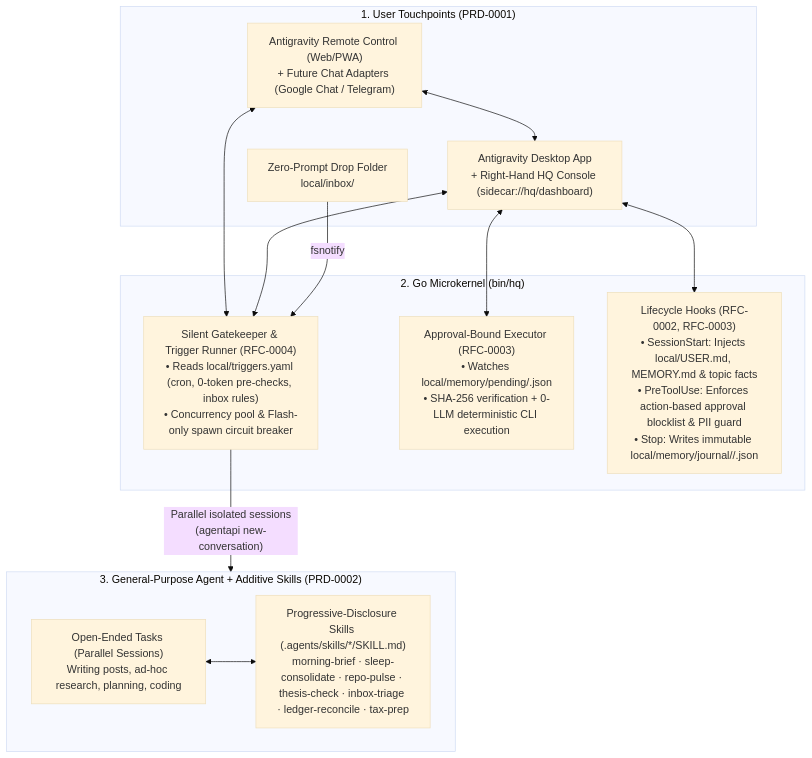
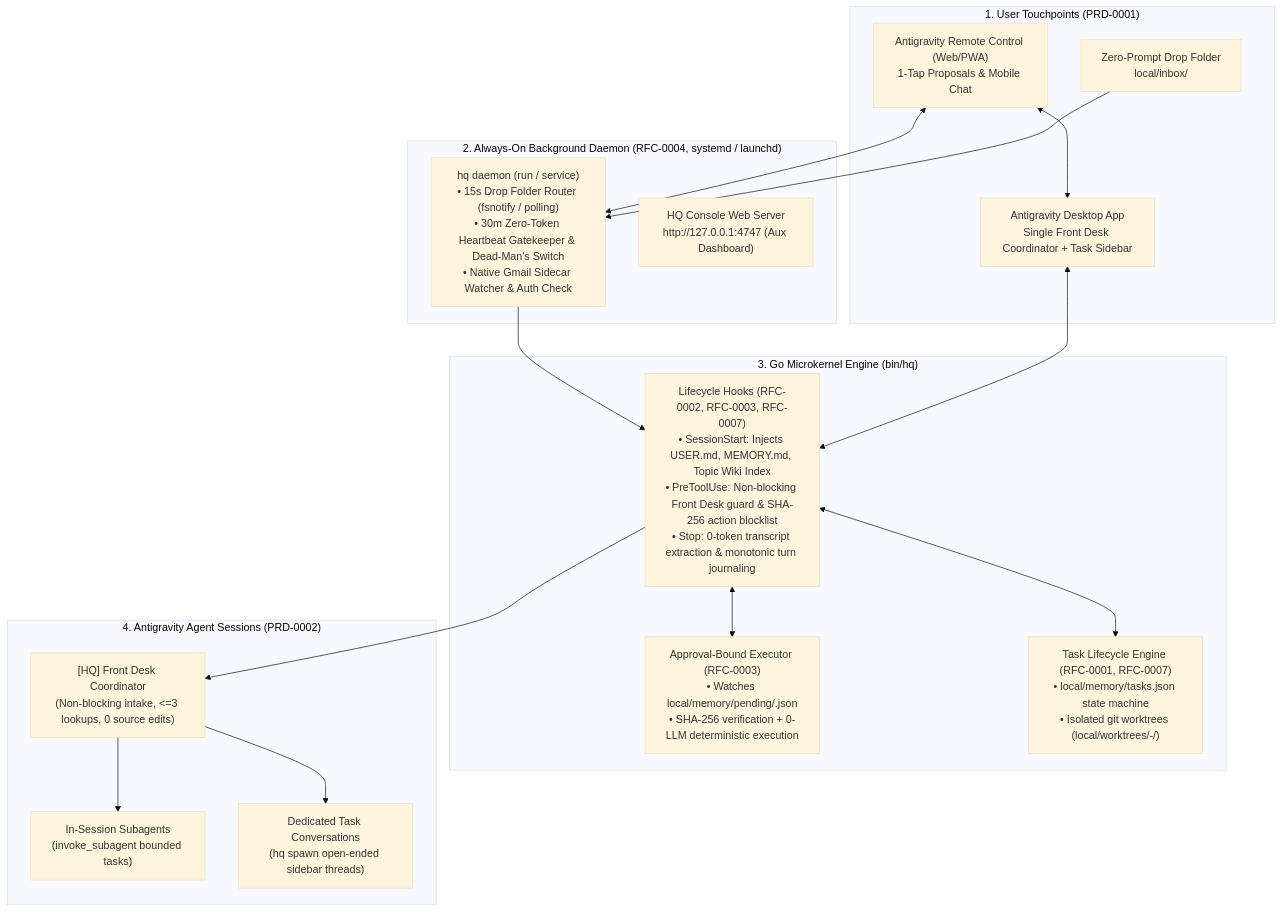
Before and after one commit to zjshen14/agy-hq: the first of 4 diagrams in docs/architecture.md, drawn with Mermaid (base theme). The commit also changed other lines of this file and 5 other files, not shown here.

Commit message:
docs: streamline README, sync RFC 0001-0007 index, architecture and roadmap

````diff
--- a/docs/architecture.md
+++ b/docs/architecture.md
@@ -20,28 +20,36 @@
 ```mermaid
 flowchart TB
   subgraph Touchpoints["1. User Touchpoints (PRD-0001)"]
-    RC["Antigravity Remote Control (Web/PWA)\n+ Future Chat Adapters (Google Chat / Telegram)"]
-    DESK["Antigravity Desktop App\n+ Right-Hand HQ Console (sidecar://hq/dashboard)"]
+    RC["Antigravity Remote Control (Web/PWA)\n1-Tap Proposals & Mobile Chat"]
+    DESK["Antigravity Desktop App\nSingle Front Desk Coordinator + Task Sidebar"]
     DROP["Zero-Prompt Drop Folder\nlocal/inbox/"]
   end
 
-  subgraph Microkernel["2. Go Microkernel (bin/hq)"]
-    GATE["Silent Gatekeeper & Trigger Runner (RFC-0004)\n• Reads local/triggers.yaml (cron, 0-token pre-checks, inbox rules)\n• Concurrency pool & Flash-only spawn circuit breaker"]
-    EXEC["Approval-Bound Executor (RFC-0003)\n• Watches local/memory/pending/<uuid>.json\n• SHA-256 verification + 0-LLM deterministic CLI execution"]
-    HOOKS["Lifecycle Hooks (RFC-0002, RFC-0003)\n• SessionStart: Injects local/USER.md, MEMORY.md & topic facts\n• PreToolUse: Enforces action-based approval blocklist & PII guard\n• Stop: Writes immutable local/memory/journal/<date>/<convId>.json"]
+  subgraph DaemonLayer["2. Always-On Background Daemon (RFC-0004, systemd / launchd)"]
+    DAEMON["hq daemon (run / service)\n• 15s Drop Folder Router (fsnotify / polling)\n• 30m Zero-Token Heartbeat Gatekeeper & Dead-Man's Switch\n• Native Gmail Sidecar Watcher & Auth Check"]
+    WEBUI["HQ Console Web Server\nhttp://127.0.0.1:4747 (Aux Dashboard)"]
   end
 
-  subgraph AgentLayer["3. General-Purpose Agent + Additive Skills (PRD-0002)"]
-    GEN["Open-Ended Tasks (Parallel Sessions)\nWriting posts, ad-hoc research, planning, coding"]
-    SKILLS["Progressive-Disclosure Skills (.agents/skills/*/SKILL.md)\nmorning-brief · sleep-consolidate · repo-pulse · thesis-check · inbox-triage · ledger-reconcile · tax-prep"]
+  subgraph Microkernel["3. Go Microkernel Engine (bin/hq)"]
+    HOOKS["Lifecycle Hooks (RFC-0002, RFC-0003, RFC-0007)\n• SessionStart: Injects USER.md, MEMORY.md, Topic Wiki Index\n• PreToolUse: Non-blocking Front Desk guard & SHA-256 action blocklist\n• Stop: 0-token transcript extraction & monotonic turn journaling"]
+    EXEC["Approval-Bound Executor (RFC-0003)\n• Watches local/memory/pending/<id>.json\n• SHA-256 verification + 0-LLM deterministic execution"]
+    TASKS["Task Lifecycle Engine (RFC-0001, RFC-0007)\n• local/memory/tasks.json state machine\n• Isolated git worktrees (local/worktrees/<repo>-<task>/)"]
+  end
+
+  subgraph AgentLayer["4. Antigravity Agent Sessions (PRD-0002)"]
+    FD["[HQ] Front Desk Coordinator\n(Non-blocking intake, <=3 lookups, 0 source edits)"]
+    SUB["In-Session Subagents\n(invoke_subagent bounded tasks)"]
+    TASKCONV["Dedicated Task Conversations\n(hq spawn open-ended sidebar threads)"]
   end
 
   RC <--> DESK
-  RC <--> GATE
-  DESK <--> GATE
-  DROP -- "fsnotify" --> GATE
-  GATE -- "Parallel isolated sessions\n(agentapi new-conversation)" --> AgentLayer
+  RC <--> DAEMON
+  DROP --> DAEMON
+  DAEMON --> HOOKS
   DESK <--> HOOKS
-  DESK <--> EXEC
-  GEN <--> SKILLS
+  HOOKS --> FD
+  FD --> SUB
+  FD --> TASKCONV
+  HOOKS <--> EXEC
+  HOOKS <--> TASKS
 ```
````
